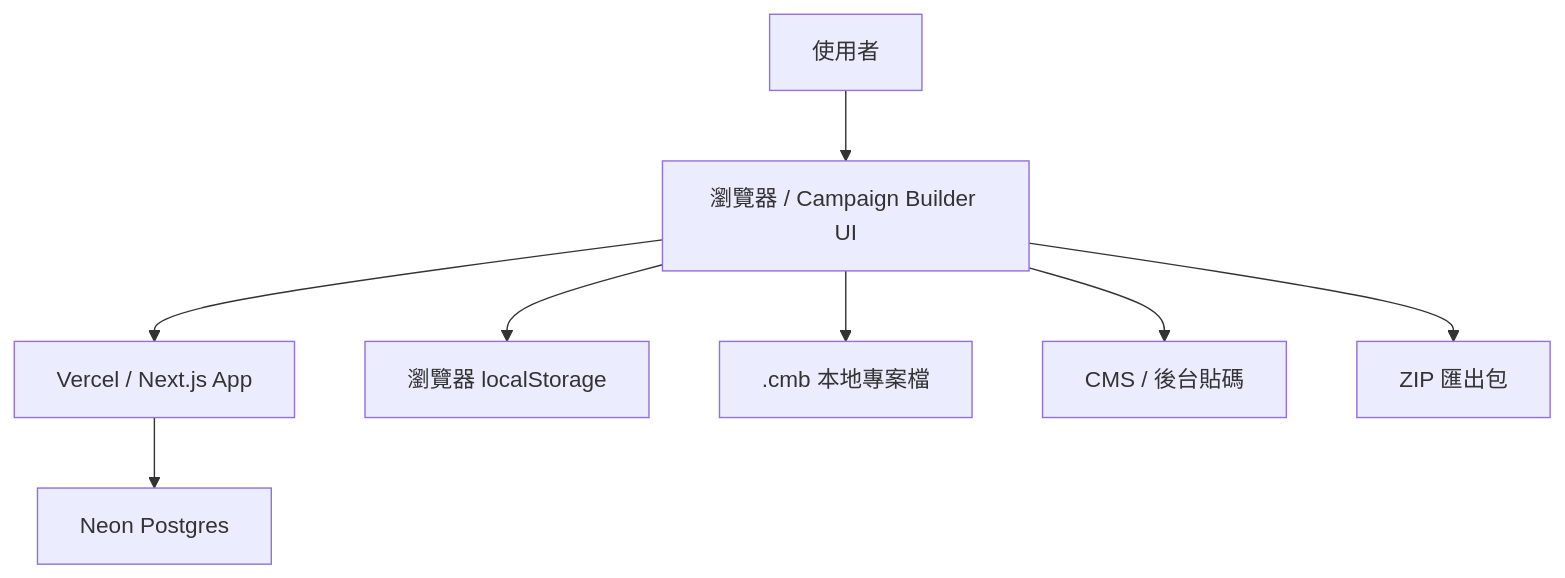
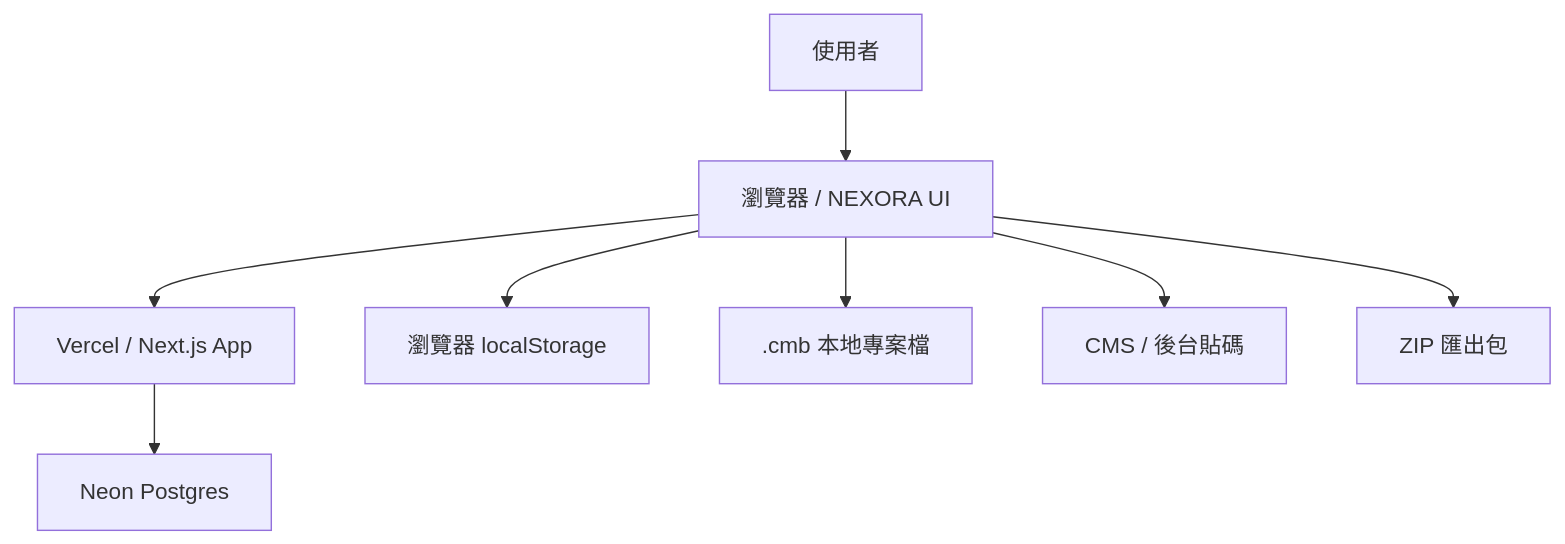
Before and after one commit to Iveslee00/Campaign-Module-Builder: the first of 7 diagrams in docs/site-architecture.md, drawn with Mermaid. The commit also changed other lines of this file and 8 other files, not shown here.

````diff
--- a/docs/site-architecture.md
+++ b/docs/site-architecture.md
@@ -22,19 +22,19 @@
 ```mermaid
 flowchart TD
   User["使用者"]
-  Browser["瀏覽器 / Campaign Builder UI"]
+  Browser["瀏覽器 / NEXORA UI"]
   Vercel["Vercel / Next.js App"]
   Neon["Neon Postgres"]
   LocalStorage["瀏覽器 localStorage"]
   CmbFile[".cmb 本地專案檔"]
   Cms["CMS / 後台貼碼"]
   Zip["ZIP 匯出包"]
 
   User --> Browser
   Browser --> Vercel
   Vercel --> Neon
   Browser --> LocalStorage
   Browser --> CmbFile
   Browser --> Cms
   Browser --> Zip
 ```
````
